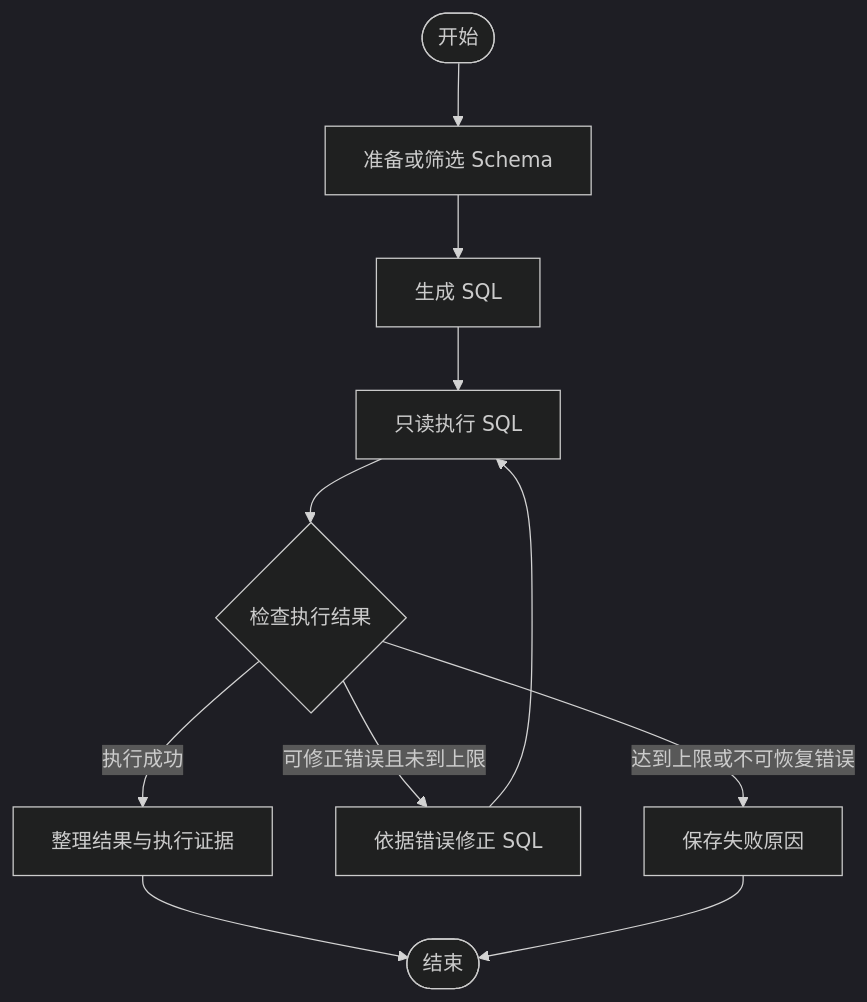
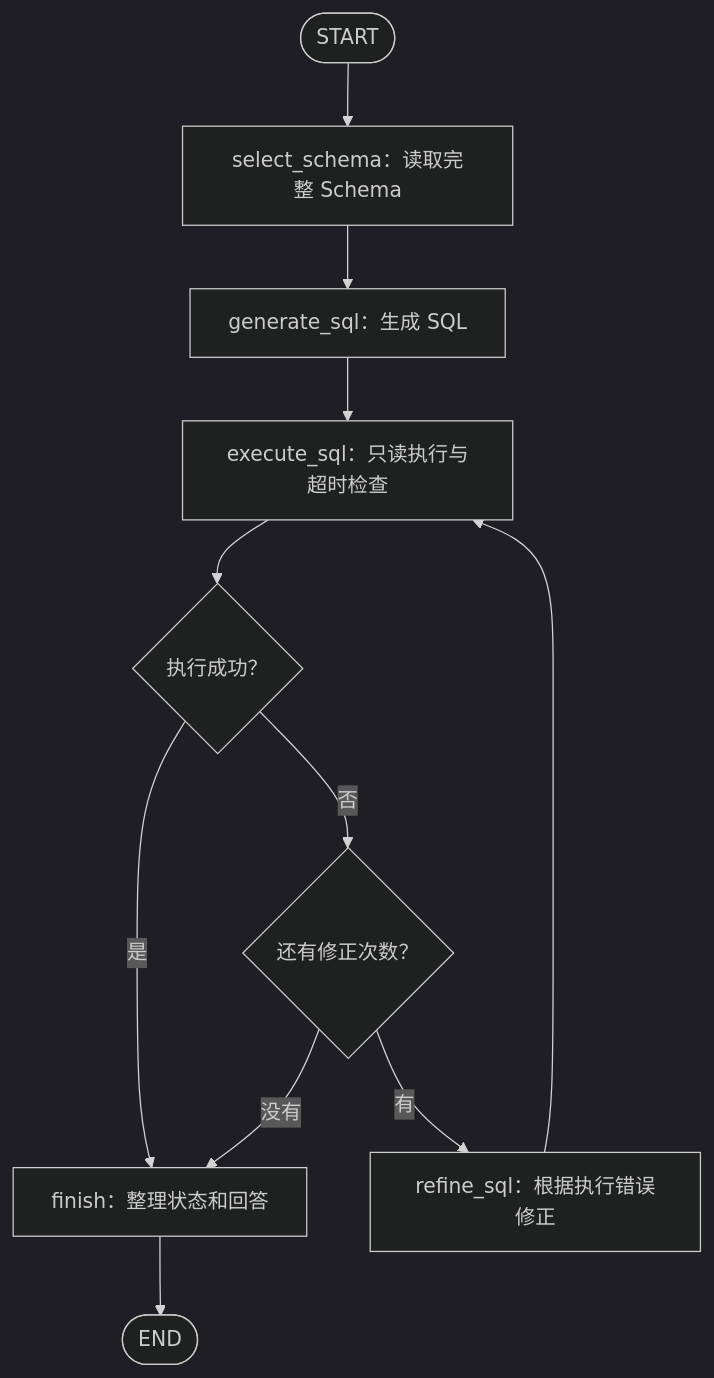
The diagram in MAC_with_LangGraph/README.md (imliumingzhe6150/MAC-SQL), drawn with Mermaid (dark theme) before and after one commit. The commit also changed other lines of this file and 46 other files, not shown here.

````diff
--- a/MAC_with_LangGraph/README.md
+++ b/MAC_with_LangGraph/README.md
@@ -19,13 +19,13 @@
 ```mermaid
 flowchart TD
-    start([开始]) --> schema[准备或筛选 Schema]
-    schema --> generate[生成 SQL]
-    generate --> execute[只读执行 SQL]
-    execute --> route{检查执行结果}
-    route -->|执行成功| success[整理结果与执行证据]
-    route -->|可修正错误且未到上限| refine[依据错误修正 SQL]
+    start([START]) --> schema[select_schema：读取完整 Schema]
+    schema --> generate[generate_sql：生成 SQL]
+    generate --> execute[execute_sql：只读执行与超时检查]
+    execute --> route{执行成功？}
+    route -->|是| finish[finish：整理状态和回答]
+    route -->|否| budget{还有修正次数？}
+    budget -->|有| refine[refine_sql：根据执行错误修正]
     refine --> execute
-    route -->|达到上限或不可恢复错误| failure[保存失败原因]
-    success --> finish([结束])
-    failure --> finish
+    budget -->|没有| finish
+    finish --> endNode([END])
 ```
````
